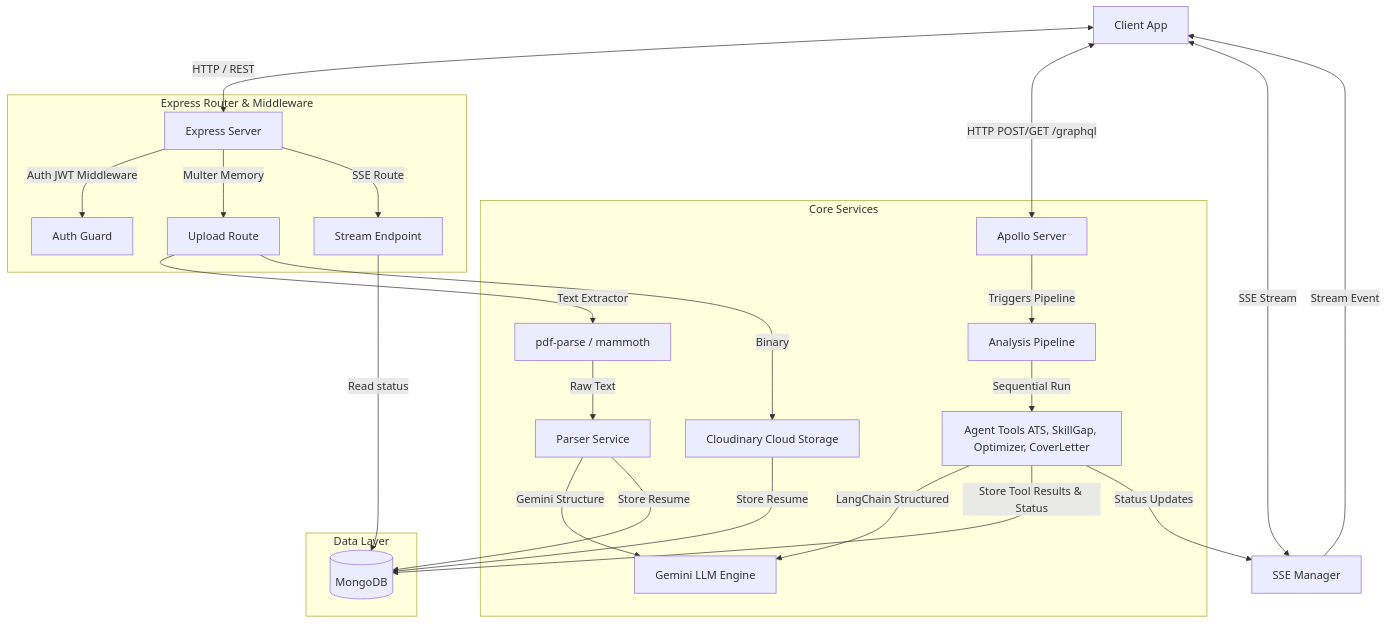
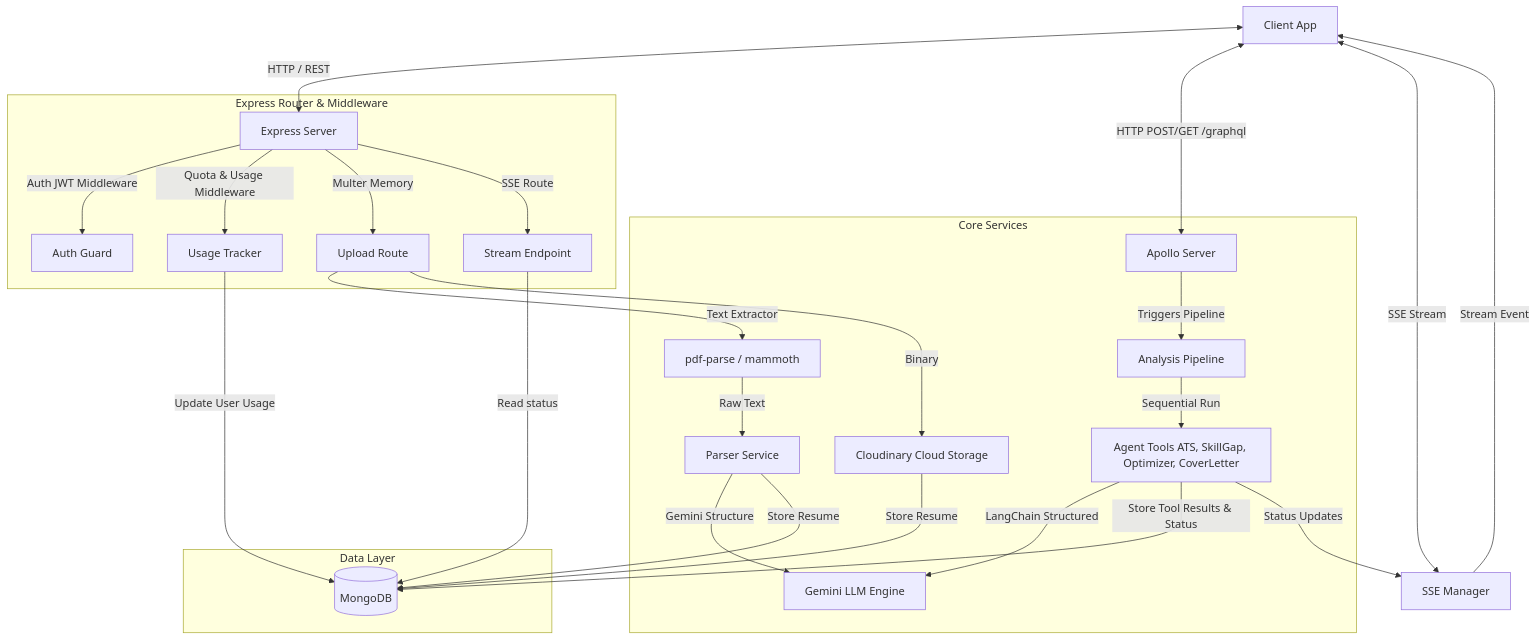
One commit to arghyadutta080/Career-Copilot-AI-Server changed the diagram in README.md. Above: the diagram before and after it, drawn with Mermaid. The commit also changed other lines of this file, not shown here.

````diff
--- a/README.md
+++ b/README.md
@@ -34,32 +34,34 @@
 ```mermaid
 graph TD
     Client[Client App] <-->|HTTP / REST| Express[Express Server]
     Client <-->|HTTP POST/GET /graphql| Apollo[Apollo Server]
     Client <-->|SSE Stream| SSE[SSE Manager]
     
     subgraph Express Router & Middleware
         Express -->|Auth JWT Middleware| Auth[Auth Guard]
+        Express -->|Quota & Usage Middleware| Quota[Usage Tracker]
         Express -->|Multer Memory| Upload[Upload Route]
         Express -->|SSE Route| SSERoute[Stream Endpoint]
     end
 
     subgraph Core Services
         Upload -->|Text Extractor| Parsers[pdf-parse / mammoth]
         Parsers -->|Raw Text| StructureResume[Parser Service]
         StructureResume -->|Gemini Structure| Gemini[Gemini LLM Engine]
         Upload -->|Binary| Cloudinary[Cloudinary Cloud Storage]
         
         Apollo -->|Triggers Pipeline| Pipeline[Analysis Pipeline]
         Pipeline -->|Sequential Run| ToolRunner[Agent Tools ATS, SkillGap, Optimizer, CoverLetter]
         ToolRunner -->|LangChain Structured| Gemini
     end
 
     subgraph Data Layer
         StructureResume & Cloudinary -->|Store Resume| DB[(MongoDB)]
         ToolRunner -->|Store Tool Results & Status| DB
+        Quota -->|Update User Usage| DB
         SSERoute -->|Read status| DB
     end
 
     ToolRunner -->|Status Updates| SSE
     SSE -->|Stream Event| Client
 ```
````
